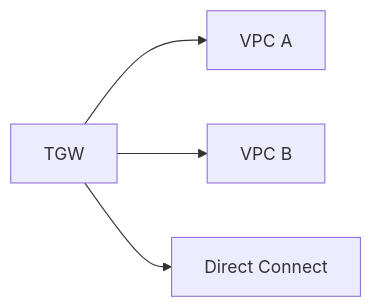
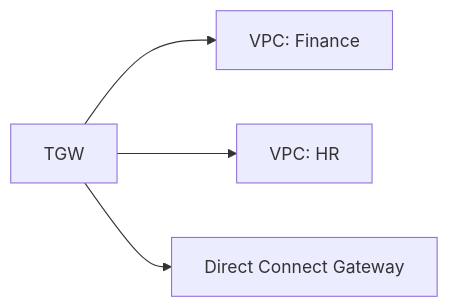
One commit to Devopstrio/hybrid-landingzone changed diagram 17 of 30 in README.md. Above: the diagram before and after it, drawn with Mermaid. The commit also changed other lines of this file, not shown here.

Commit message:
docs: finalize premium institutional-grade README with 30+ diagrams and executive summary

````diff
--- a/README.md
+++ b/README.md
@@ -159,6 +217,6 @@
 ```mermaid
 graph LR
-    TGW[TGW] --> VPC_A[VPC A]
-    TGW --> VPC_B[VPC B]
-    TGW --> DX[Direct Connect]
+    TGW[TGW] --> VPC1[VPC: Finance]
+    TGW --> VPC2[VPC: HR]
+    TGW --> DX[Direct Connect Gateway]
 ```
````
